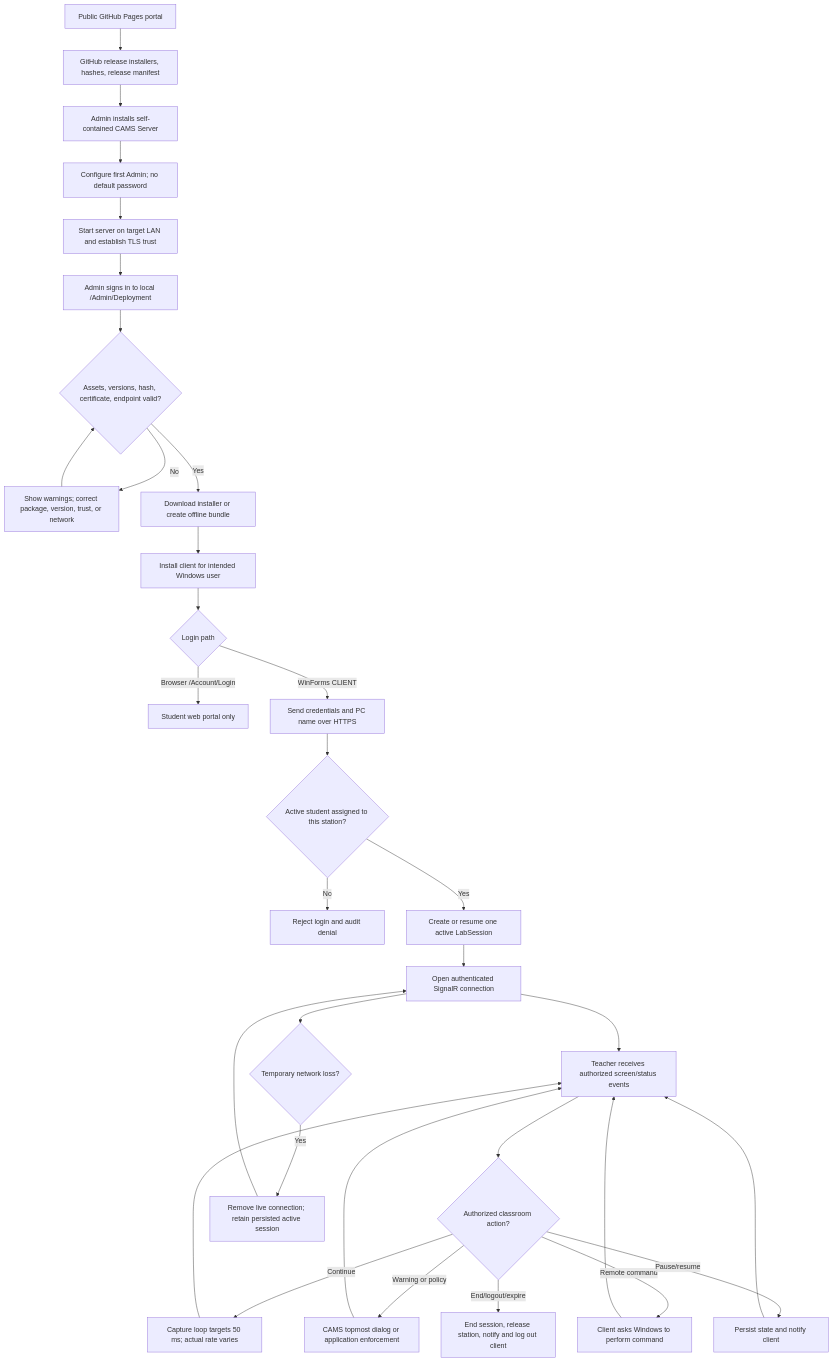
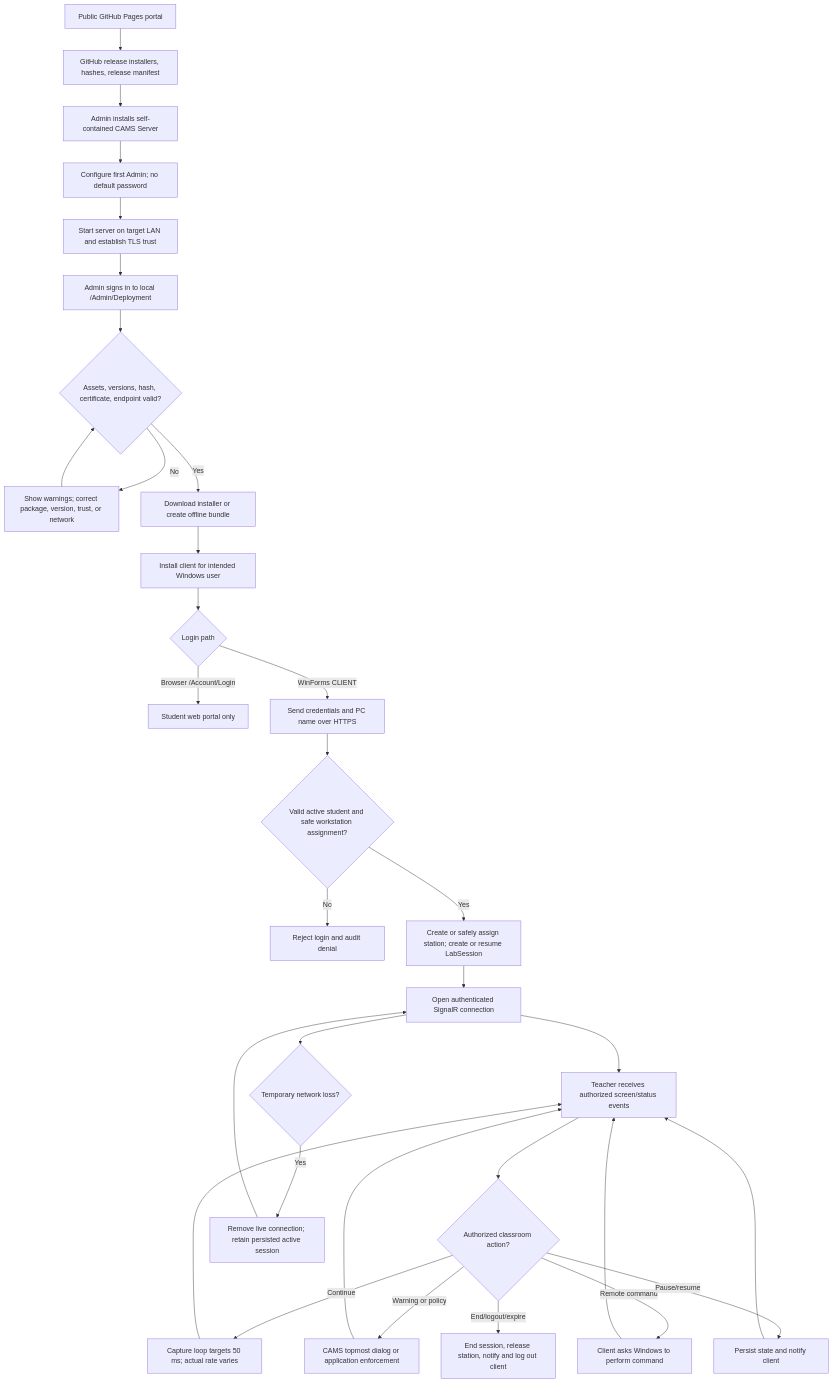
One commit to ACTstudent/RemoteAcessMonitoringSoftware4sale changed the diagram in DIAGRAMS/Flowchart.md. Above: the diagram before and after it, drawn with Mermaid. The commit also changed other lines of this file and 9 other files, not shown here.

````diff
--- a/DIAGRAMS/Flowchart.md
+++ b/DIAGRAMS/Flowchart.md
@@ -5,36 +5,36 @@
 ```mermaid
 flowchart TD
     P[Public GitHub Pages portal] --> R[GitHub release installers, hashes, release manifest]
     R --> S[Admin installs self-contained CAMS Server]
     S --> F[Configure first Admin; no default password]
     F --> TLS[Start server on target LAN and establish TLS trust]
     TLS --> H[Admin signs in to local /Admin/Deployment]
     H --> V{Assets, versions, hash, certificate, endpoint valid?}
     V -- No --> X[Show warnings; correct package, version, trust, or network]
     X --> V
     V -- Yes --> B[Download installer or create offline bundle]
     B --> I[Install client for intended Windows user]
 
     I --> L{Login path}
     L -- Browser /Account/Login --> WP[Student web portal only]
     L -- WinForms CLIENT --> C[Send credentials and PC name over HTTPS]
-    C --> A{Active student assigned to this station?}
+    C --> A{Valid active student and safe workstation assignment?}
     A -- No --> D[Reject login and audit denial]
-    A -- Yes --> LS[Create or resume one active LabSession]
+    A -- Yes --> LS[Create or safely assign station; create or resume LabSession]
     LS --> SR[Open authenticated SignalR connection]
     SR --> M[Teacher receives authorized screen/status events]
     M --> Q{Authorized classroom action?}
     Q -- Continue --> CAP[Capture loop targets 50 ms; actual rate varies]
     CAP --> M
     Q -- Warning or policy --> W[CAMS topmost dialog or application enforcement]
     W --> M
     Q -- Remote command --> OS[Client asks Windows to perform command]
     OS --> M
     Q -- Pause/resume --> PS[Persist state and notify client]
     PS --> M
     Q -- End/logout/expire --> E[End session, release station, notify and log out client]
 
     SR --> N{Temporary network loss?}
     N -- Yes --> RE[Remove live connection; retain persisted active session]
     RE --> SR
 ```
````
